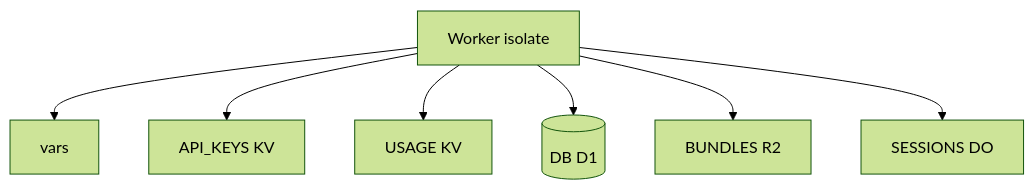
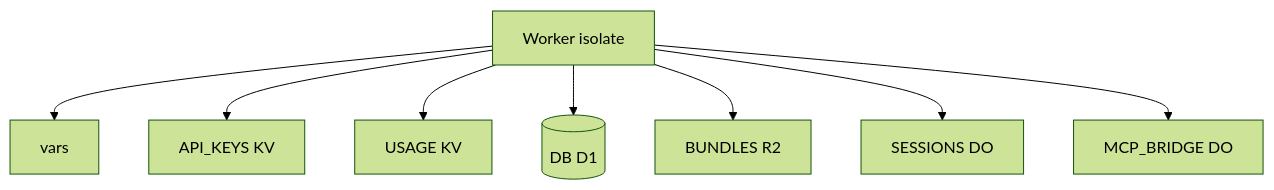
The diagram in docs/worker/bindings.mdx (hoox-sh/axis), drawn with Mermaid (forest theme) before and after one commit. The commit also changed other lines of this file and 40 other files, not shown here.

````diff
--- a/docs/worker/bindings.mdx
+++ b/docs/worker/bindings.mdx
@@ -35,10 +35,11 @@
 ```mermaid
 flowchart TB
   W[Worker isolate]
   W --> V[vars]
   W --> KV1[API_KEYS KV]
   W --> KV2[USAGE KV]
   W --> D1[(DB D1)]
   W --> R2[BUNDLES R2]
   W --> DO[SESSIONS DO]
+  W --> MCP[MCP_BRIDGE DO]
 ```
````
